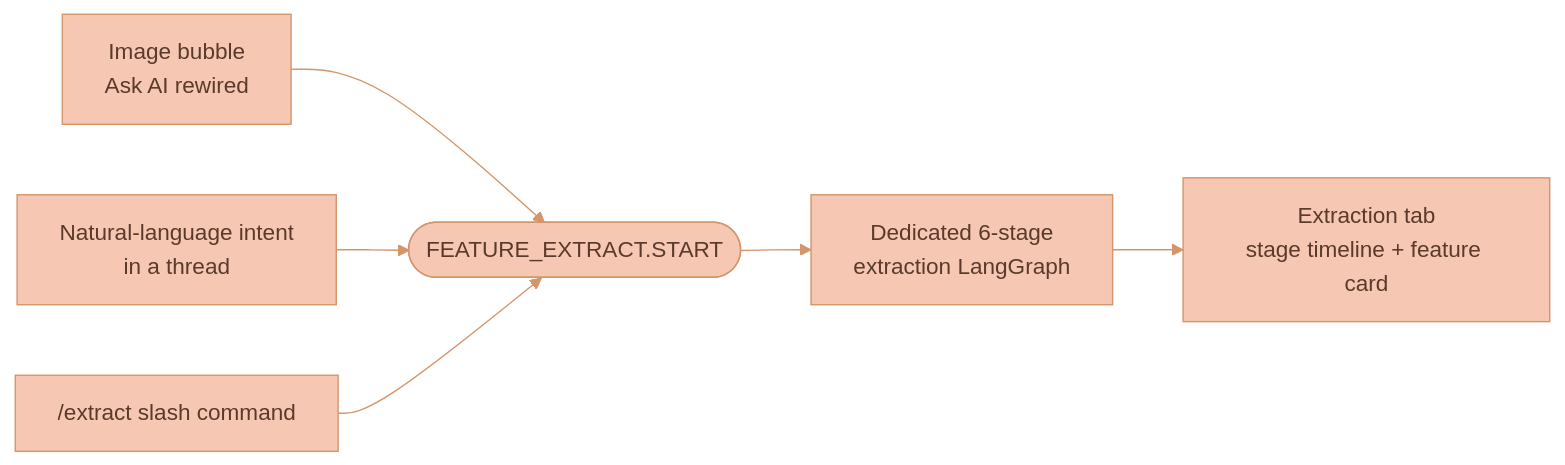
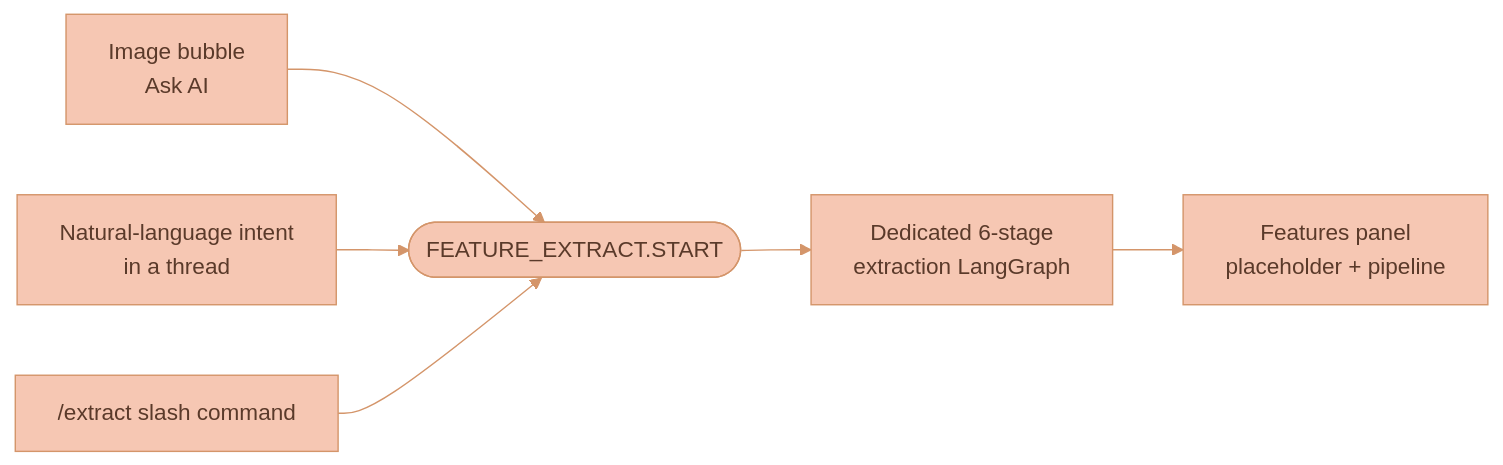
Before and after one commit to Lixpi/lixpi: the first of 2 diagrams in documentation/library/USING-FEATURES.md, drawn with Mermaid. The commit also changed other lines of this file and 34 other files, not shown here.

````diff
--- a/documentation/library/USING-FEATURES.md
+++ b/documentation/library/USING-FEATURES.md
@@ -38,15 +38,15 @@
 ```mermaid
 %%{init: {'theme': 'base', 'themeVariables': { 'primaryColor': '#F6C7B3', 'primaryTextColor': '#5a3a2a', 'primaryBorderColor': '#d4956a', 'secondaryColor': '#C3DEDD', 'secondaryTextColor': '#1a3a47', 'secondaryBorderColor': '#4a8a9d', 'tertiaryColor': '#DCECE9', 'tertiaryTextColor': '#1a3a47', 'tertiaryBorderColor': '#82B2C0', 'lineColor': '#d4956a', 'textColor': '#5a3a2a'}}}%%
 graph LR
-    Bubble[Image bubble<br/>Ask AI rewired]
+    Bubble[Image bubble<br/>Ask AI]
     NL[Natural-language intent<br/>in a thread]
     Slash["/extract slash command"]
     Start([FEATURE_EXTRACT.START])
     Graph[Dedicated 6-stage<br/>extraction LangGraph]
-    Tab[Extraction tab<br/>stage timeline + feature card]
+    FeaturePanel[Features panel<br/>placeholder + pipeline]
 
     Bubble --> Start
     NL --> Start
     Slash --> Start
-    Start --> Graph --> Tab
+    Start --> Graph --> FeaturePanel
 ```
````
